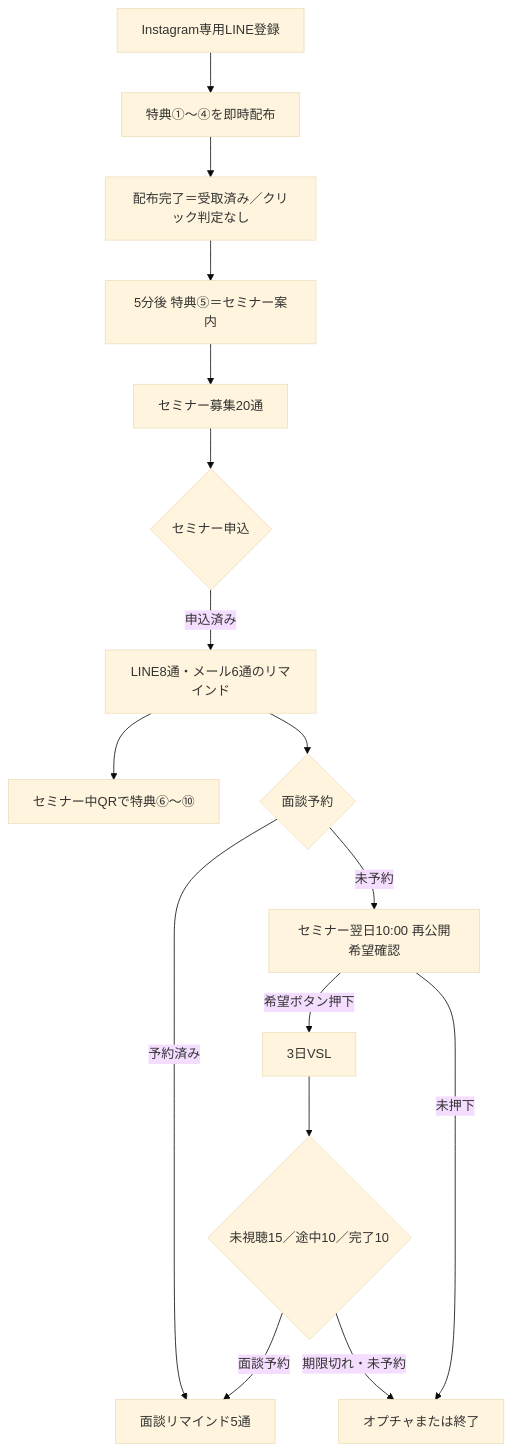
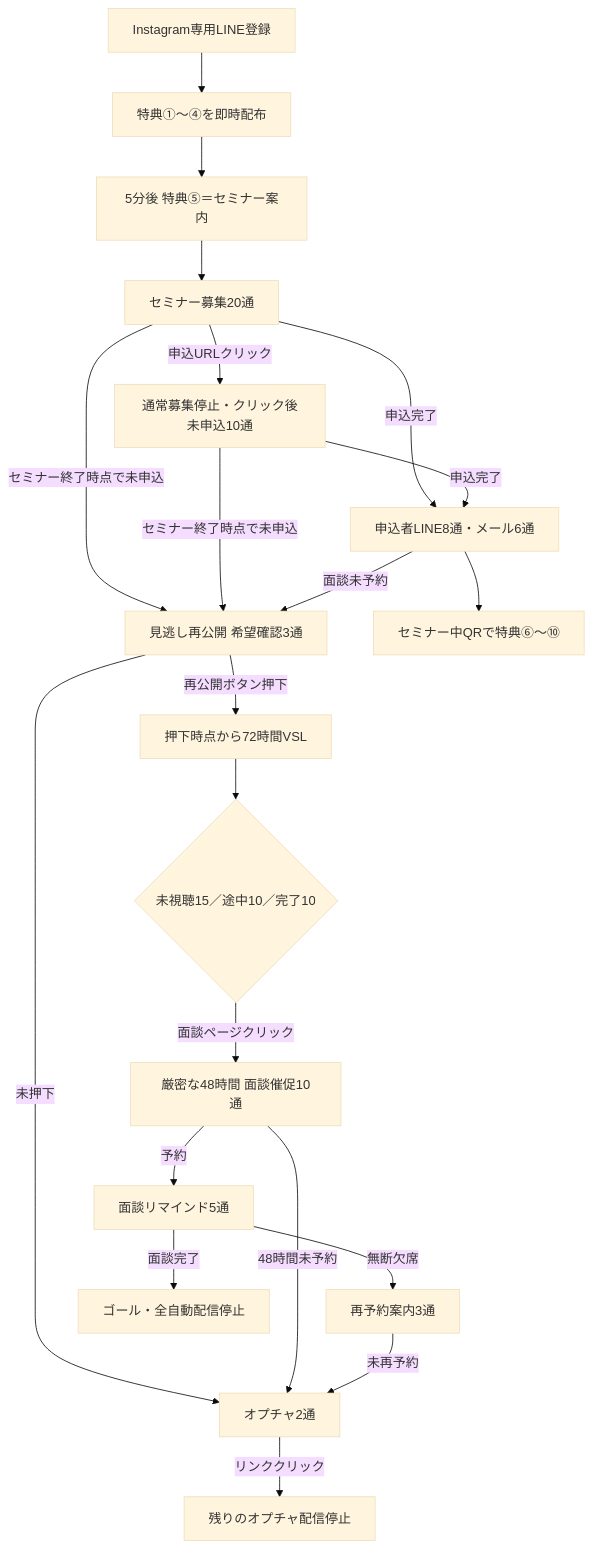
One commit to puuku0510/suya-ai-school-line-funnel changed the third of 3 diagrams in kaneko-three-funnels-handoff/kaneko-three-funnels-implementation-guide.md. Above: the diagram before and after it, drawn with Mermaid (base theme). The commit also changed other lines of this file and 5 other files, not shown here.

````diff
--- a/kaneko-three-funnels-handoff/kaneko-three-funnels-implementation-guide.md
+++ b/kaneko-three-funnels-handoff/kaneko-three-funnels-implementation-guide.md
@@ -106,18 +108,23 @@
 ```mermaid
 flowchart TD
     A["Instagram専用LINE登録"] --> B["特典①〜④を即時配布"]
-    B --> C["配布完了＝受取済み／クリック判定なし"]
-    C --> D["5分後 特典⑤＝セミナー案内"]
-    D --> E["セミナー募集20通"]
-    E --> F{"セミナー申込"}
-    F -->|"申込済み"| G["LINE8通・メール6通のリマインド"]
-    G --> H["セミナー中QRで特典⑥〜⑩"]
-    G --> I{"面談予約"}
-    I -->|"予約済み"| J["面談リマインド5通"]
-    I -->|"未予約"| K["セミナー翌日10:00 再公開希望確認"]
-    K -->|"希望ボタン押下"| L["3日VSL"]
-    K -->|"未押下"| M["オプチャまたは終了"]
-    L --> N{"未視聴15／途中10／完了10"}
-    N -->|"面談予約"| J
-    N -->|"期限切れ・未予約"| M
+    B --> C["5分後 特典⑤＝セミナー案内"]
+    C --> D["セミナー募集20通"]
+    D -->|"申込URLクリック"| E["通常募集停止・クリック後未申込10通"]
+    D -->|"申込完了"| F["申込者LINE8通・メール6通"]
+    E -->|"申込完了"| F
+    D -->|"セミナー終了時点で未申込"| G["見逃し再公開 希望確認3通"]
+    E -->|"セミナー終了時点で未申込"| G
+    F -->|"面談未予約"| G
+    F --> H["セミナー中QRで特典⑥〜⑩"]
+    G -->|"再公開ボタン押下"| I["押下時点から72時間VSL"]
+    G -->|"未押下"| O["オプチャ2通"]
+    I --> J{"未視聴15／途中10／完了10"}
+    J -->|"面談ページクリック"| K["厳密な48時間 面談催促10通"]
+    K -->|"予約"| L["面談リマインド5通"]
+    K -->|"48時間未予約"| O
+    L -->|"無断欠席"| M["再予約案内3通"]
+    M -->|"未再予約"| O
+    L -->|"面談完了"| N["ゴール・全自動配信停止"]
+    O -->|"リンククリック"| P["残りのオプチャ配信停止"]
 ```
````
